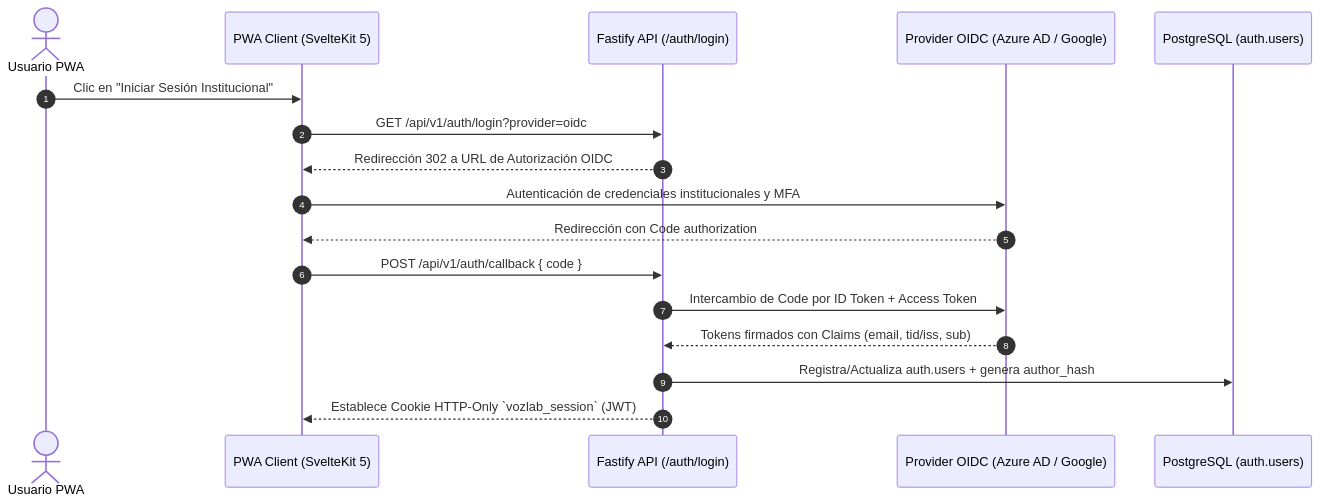
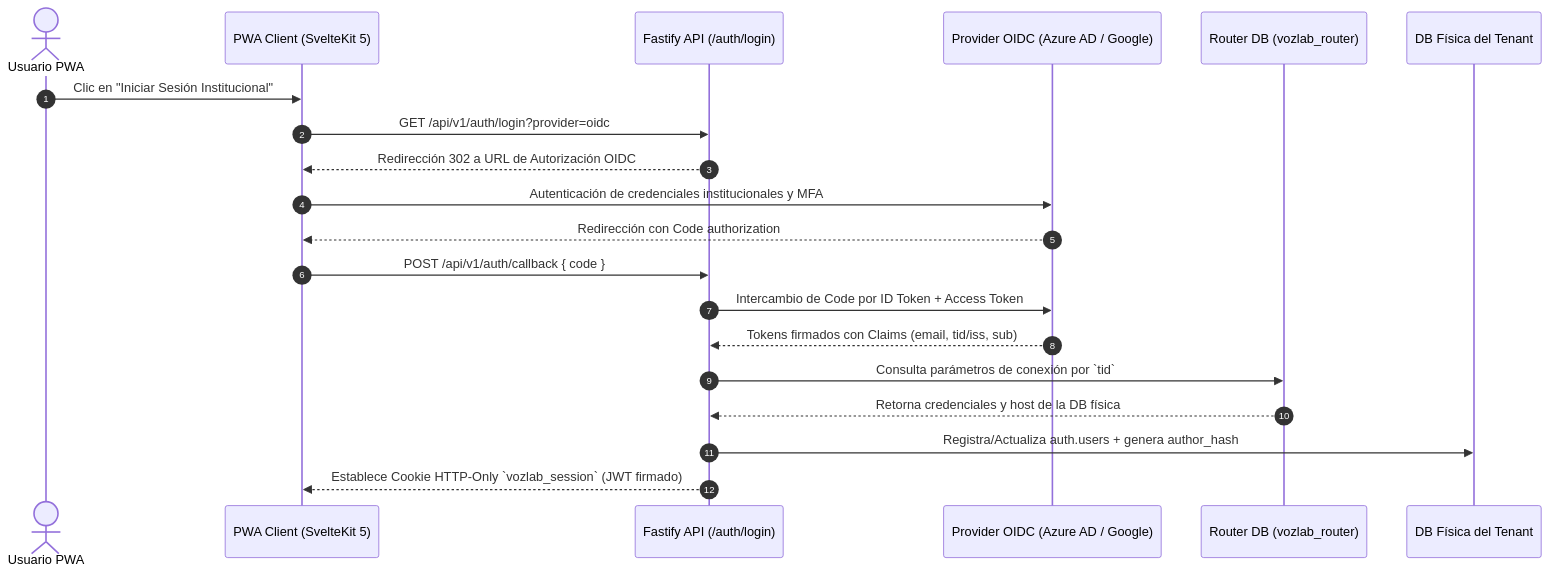
One commit to Juanc0/vozlab changed the first of 3 diagrams in docs/system/04_autenticacion_y_multitenancy.md. Above: the diagram before and after it, drawn with Mermaid. The commit also changed other lines of this file and 1 other file, not shown here.

````diff
--- a/docs/system/04_autenticacion_y_multitenancy.md
+++ b/docs/system/04_autenticacion_y_multitenancy.md
@@ -22,21 +27,24 @@
 ```mermaid
 sequenceDiagram
     autonumber
     actor Usuario as Usuario PWA
     participant PWA as PWA Client (SvelteKit 5)
     participant Fastify as Fastify API (/auth/login)
     participant IdP as Provider OIDC (Azure AD / Google)
-    participant DB as PostgreSQL (auth.users)
+    participant RouterDB as Router DB (vozlab_router)
+    participant TenantDB as DB Física del Tenant
 
     Usuario->>PWA: Clic en "Iniciar Sesión Institucional"
     PWA->>Fastify: GET /api/v1/auth/login?provider=oidc
     Fastify-->>PWA: Redirección 302 a URL de Autorización OIDC
     PWA->>IdP: Autenticación de credenciales institucionales y MFA
     IdP-->>PWA: Redirección con Code authorization
     PWA->>Fastify: POST /api/v1/auth/callback { code }
     Fastify->>IdP: Intercambio de Code por ID Token + Access Token
     IdP-->>Fastify: Tokens firmados con Claims (email, tid/iss, sub)
-    Fastify->>DB: Registra/Actualiza auth.users + genera author_hash
-    Fastify-->>PWA: Establece Cookie HTTP-Only `vozlab_session` (JWT)
+    Fastify->>RouterDB: Consulta parámetros de conexión por `tid`
+    RouterDB-->>Fastify: Retorna credenciales y host de la DB física
+    Fastify->>TenantDB: Registra/Actualiza auth.users + genera author_hash
+    Fastify-->>PWA: Establece Cookie HTTP-Only `vozlab_session` (JWT firmado)
 
 ```
````
